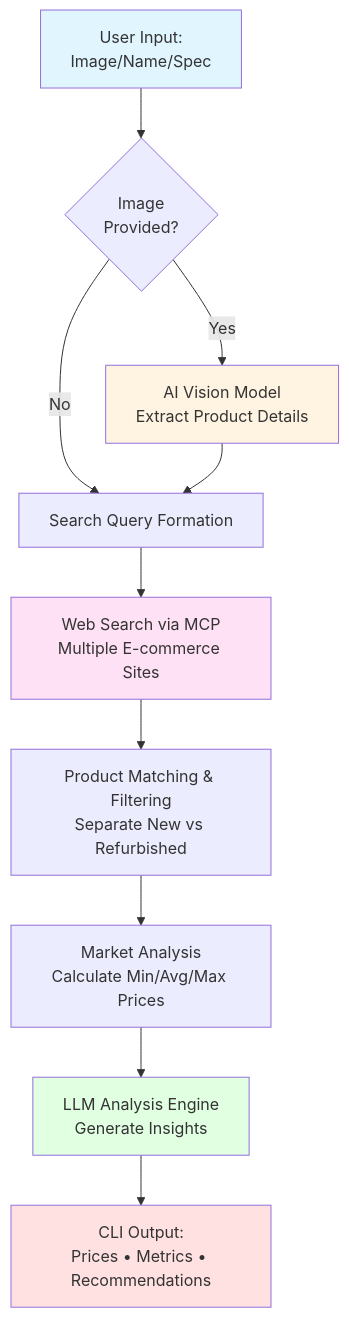
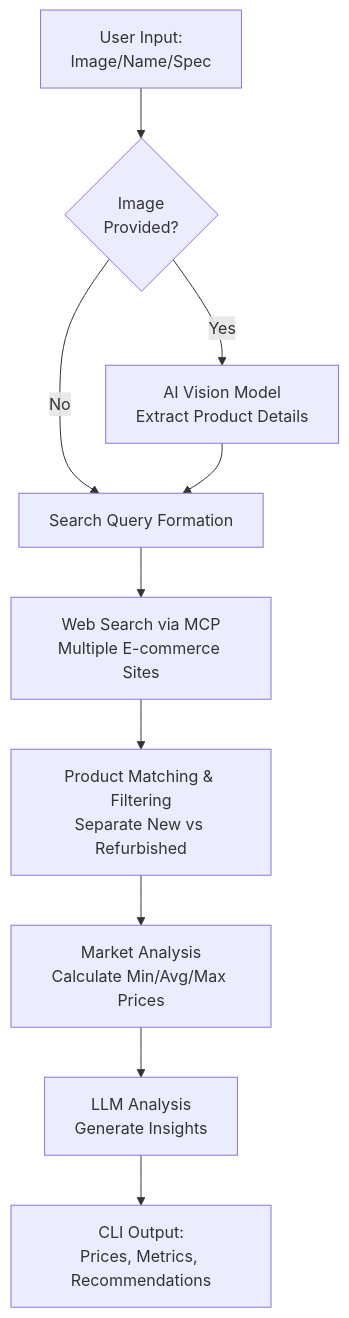
One commit to mokhanes-a/Competitive-Analysis-V2 changed the diagram in README.md. Above: the diagram before and after it, drawn with Mermaid. The commit also changed other lines of this file, not shown here.

````diff
--- a/README.md
+++ b/README.md
@@ -70,24 +70,20 @@
 ```mermaid
 graph TD
     A[User Input:<br/>Image/Name/Spec] --> B{Image<br/>Provided?}
     
     B -->|Yes| C[AI Vision Model<br/>Extract Product Details]
     B -->|No| D[Search Query Formation]
     C --> D
     
     D --> E[Web Search via MCP<br/>Multiple E-commerce Sites]
     
     E --> F[Product Matching & Filtering<br/>Separate New vs Refurbished]
     
     F --> G[Market Analysis<br/>Calculate Min/Avg/Max Prices]
     
-    G --> H[LLM Analysis Engine<br/>Generate Insights]
+    G --> H[LLM Analysis<br/>Generate Insights]
     
-    H --> I[CLI Output:<br/>Prices • Metrics • Recommendations]
+    H --> I[CLI Output:<br/>Prices, Metrics, Recommendations]
     
-    style A fill:#e1f5ff
-    style C fill:#fff4e1
-    style E fill:#ffe1f5
-    style H fill:#e1ffe1
-    style I fill:#ffe1e1
+
 ```
````
